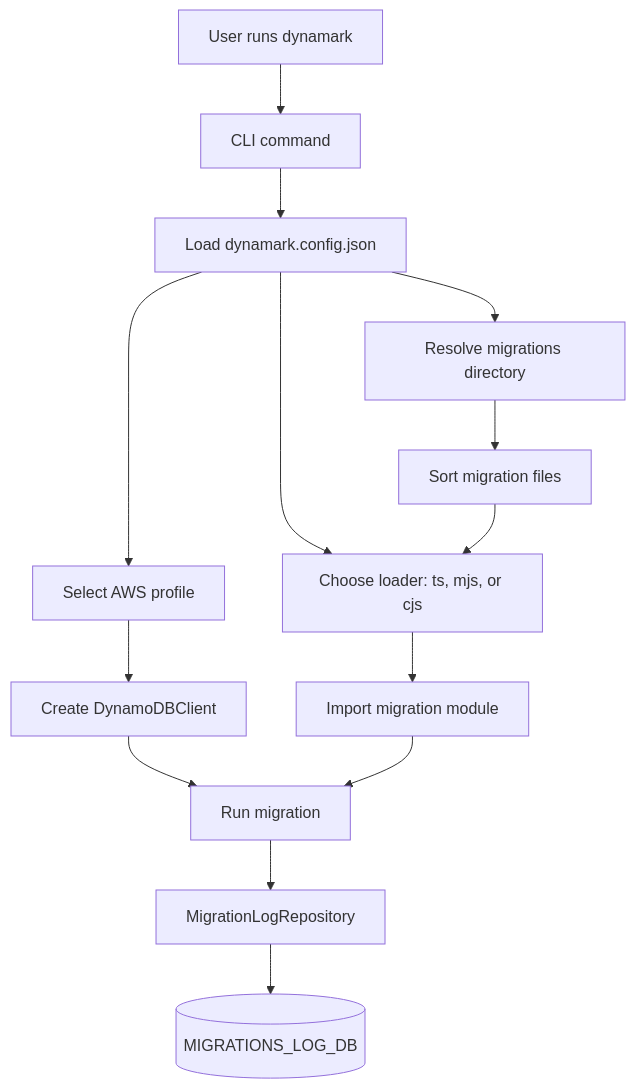
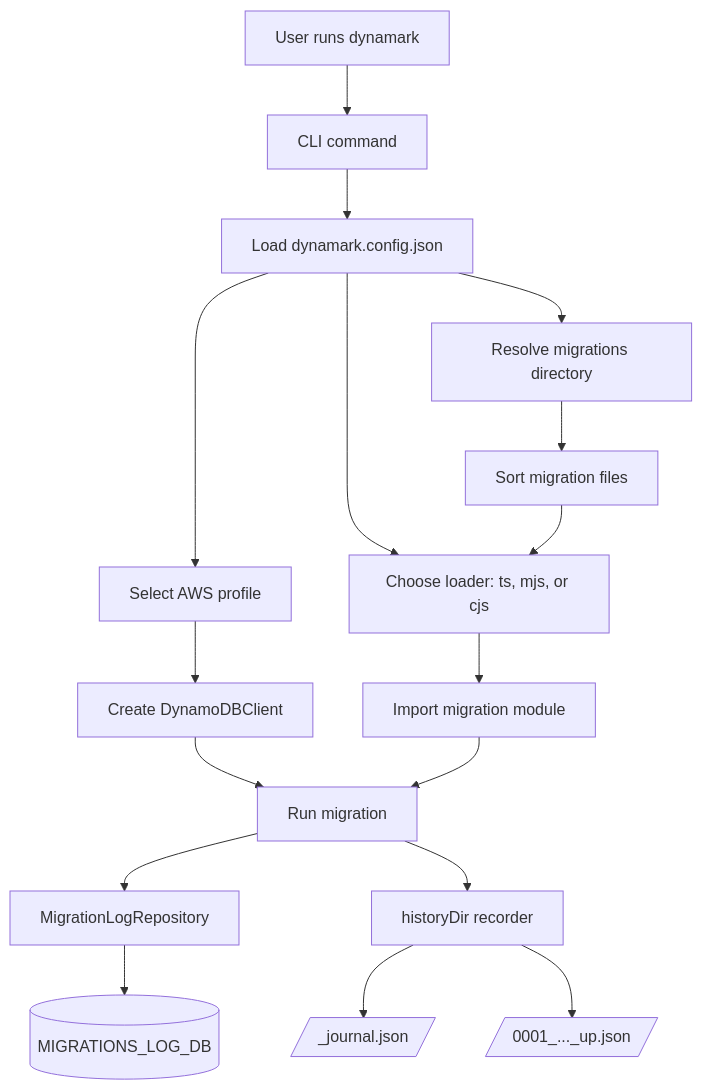
Before and after one commit to Gizmodlabs/dynamark: the first of 4 diagrams in docs/architecture.md, drawn with Mermaid. The commit also changed other lines of this file and 22 other files, not shown here.

````diff
--- a/docs/architecture.md
+++ b/docs/architecture.md
@@ -7,16 +7,19 @@
 ```mermaid
 flowchart TB
   User["User runs dynamark"] --> CLI["CLI command"]
   CLI --> Config["Load dynamark.config.json"]
   Config --> Profile["Select AWS profile"]
   Profile --> Client["Create DynamoDBClient"]
   Config --> Directory["Resolve migrations directory"]
   Directory --> Files["Sort migration files"]
   Config --> Loader["Choose loader: ts, mjs, or cjs"]
   Files --> Loader
   Loader --> Migration["Import migration module"]
   Client --> Runner["Run migration"]
   Migration --> Runner
   Runner --> LogRepo["MigrationLogRepository"]
   LogRepo --> LogTable[("MIGRATIONS_LOG_DB")]
+  Runner --> History["historyDir recorder"]
+  History --> Journal[/"_journal.json"/]
+  History --> RunFiles[/"0001_..._up.json"/]
 ```
````
